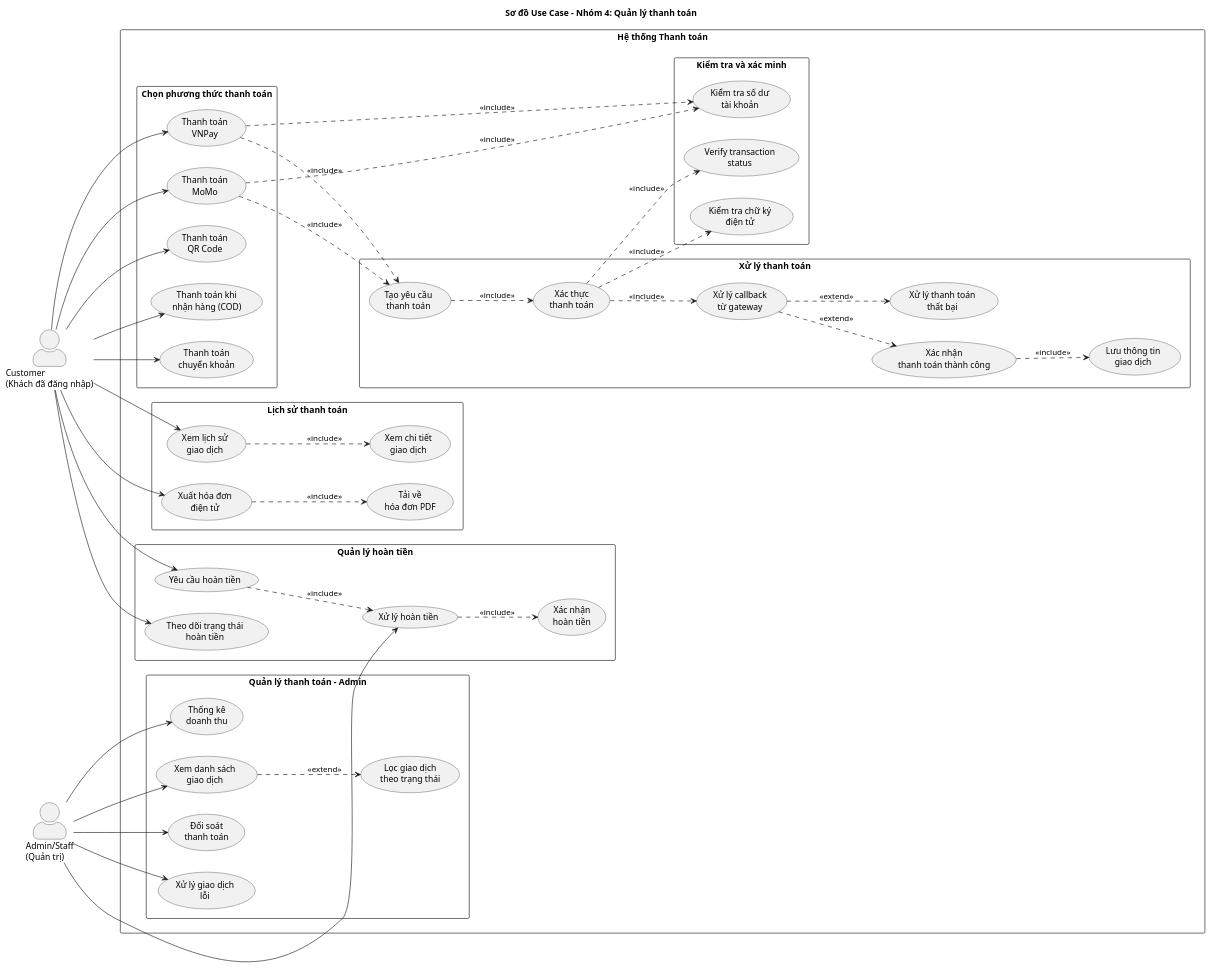
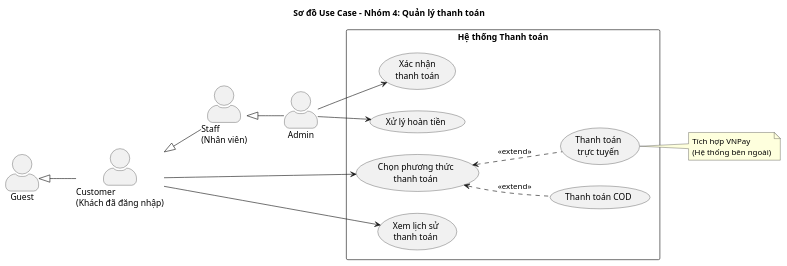
The diagram in usecases/04_ThanhToan.puml (sangtm2612/DATN-BaoCao), drawn with PlantUML before and after one commit. The commit also changed 8 other files, not shown here.

```diff
--- a/usecases/04_ThanhToan.puml
+++ b/usecases/04_ThanhToan.puml
@@ -1,116 +1,49 @@
 @startuml 04_ThanhToan
 skinparam actorStyle awesome
 skinparam packageStyle rectangle
 
 title Sơ đồ Use Case - Nhóm 4: Quản lý thanh toán
 
 left to right direction
 
+actor "Guest" as guest
 actor "Customer\n(Khách đã đăng nhập)" as customer
-actor "Admin/Staff\n(Quản trị)" as admin
+actor "Staff\n(Nhân viên)" as staff
+actor "Admin" as admin
+
+' Quan hệ kế thừa
+guest <|-- customer
+customer <|-- staff
+staff <|-- admin
 
 package "Hệ thống Thanh toán" {
     
-    ' Payment Method Selection
-    package "Chọn phương thức thanh toán" {
-        usecase "Thanh toán khi\nnhận hàng (COD)" as UC401
-        usecase "Thanh toán\nchuyển khoản" as UC402
-        usecase "Thanh toán\nVNPay" as UC403
-        usecase "Thanh toán\nMoMo" as UC404
-        usecase "Thanh toán\nQR Code" as UC405
-    }
+    ' Payment Methods
+    usecase "Chọn phương thức\nthanh toán" as UC401
+    usecase "Thanh toán COD" as UC402
+    usecase "Thanh toán\ntrực tuyến" as UC403
     
-    ' Payment Processing
-    package "Xử lý thanh toán" {
-        usecase "Tạo yêu cầu\nthanh toán" as UC406
-        usecase "Xác thực\nthanh toán" as UC407
-        usecase "Xử lý callback\ntừ gateway" as UC408
-        usecase "Xác nhận\nthanh toán thành công" as UC409
-        usecase "Xử lý thanh toán\nthất bại" as UC410
-        usecase "Lưu thông tin\ngiao dịch" as UC411
-    }
-    
-    ' Payment Verification
-    package "Kiểm tra và xác minh" {
-        usecase "Kiểm tra chữ ký\nđiện tử" as UC412
-        usecase "Verify transaction\nstatus" as UC413
-        usecase "Kiểm tra số dư\ntài khoản" as UC414
-    }
-    
-    ' Refund Management
-    package "Quản lý hoàn tiền" {
-        usecase "Yêu cầu hoàn tiền" as UC415
-        usecase "Xử lý hoàn tiền" as UC416
-        usecase "Xác nhận\nhoàn tiền" as UC417
-        usecase "Theo dõi trạng thái\nhoàn tiền" as UC418
-    }
-    
-    ' Payment History
-    package "Lịch sử thanh toán" {
-        usecase "Xem lịch sử\ngiao dịch" as UC419
-        usecase "Xem chi tiết\ngiao dịch" as UC420
-        usecase "Xuất hóa đơn\nđiện tử" as UC421
-        usecase "Tải về\nhóa đơn PDF" as UC422
-    }
-    
-    ' Admin - Payment Management
-    package "Quản lý thanh toán - Admin" {
-        usecase "Xem danh sách\ngiao dịch" as UC423
-        usecase "Lọc giao dịch\ntheo trạng thái" as UC424
-        usecase "Đối soát\nthanh toán" as UC425
-        usecase "Xử lý giao dịch\nlỗi" as UC426
-        usecase "Thống kê\ndoanh thu" as UC427
-    }
+    ' Payment Management
+    usecase "Xem lịch sử\nthanh toán" as UC404
+    usecase "Xác nhận\nthanh toán" as UC405
+    usecase "Xử lý hoàn tiền" as UC406
 }
 
-' Customer - Payment Method
+' Customer relationships
 customer --> UC401
-customer --> UC402
-customer --> UC403
 customer --> UC404
-customer --> UC405
 
-' Customer - Payment History
-customer --> UC419
-customer --> UC421
+' Admin relationships - xử lý thanh toán
+admin --> UC405
+admin --> UC406
 
-' Customer - Refund
-customer --> UC415
-customer --> UC418
+' Extend relationships
+UC401 <.. UC402 : <<extend>>
+UC401 <.. UC403 : <<extend>>
 
-' Admin relationships
-admin --> UC423
-admin --> UC416
-admin --> UC425
-admin --> UC426
-admin --> UC427
-
-' Payment Processing Flow
-UC403 ..> UC406 : <<include>>
-UC404 ..> UC406 : <<include>>
-
-UC406 ..> UC407 : <<include>>
-UC407 ..> UC408 : <<include>>
-UC408 ..> UC409 : <<extend>>
-UC408 ..> UC410 : <<extend>>
-UC409 ..> UC411 : <<include>>
-
-' Verification
-UC407 ..> UC412 : <<include>>
-UC407 ..> UC413 : <<include>>
-UC403 ..> UC414 : <<include>>
-UC404 ..> UC414 : <<include>>
-
-' Refund Flow
-UC415 ..> UC416 : <<include>>
-UC416 ..> UC417 : <<include>>
-
-' History
-UC419 ..> UC420 : <<include>>
-UC421 ..> UC422 : <<include>>
-
-' Admin features
-UC423 ..> UC424 : <<extend>>
-
+note right of UC403
+  Tích hợp VNPay
+  (Hệ thống bên ngoài)
+end note
 
 @enduml
```
